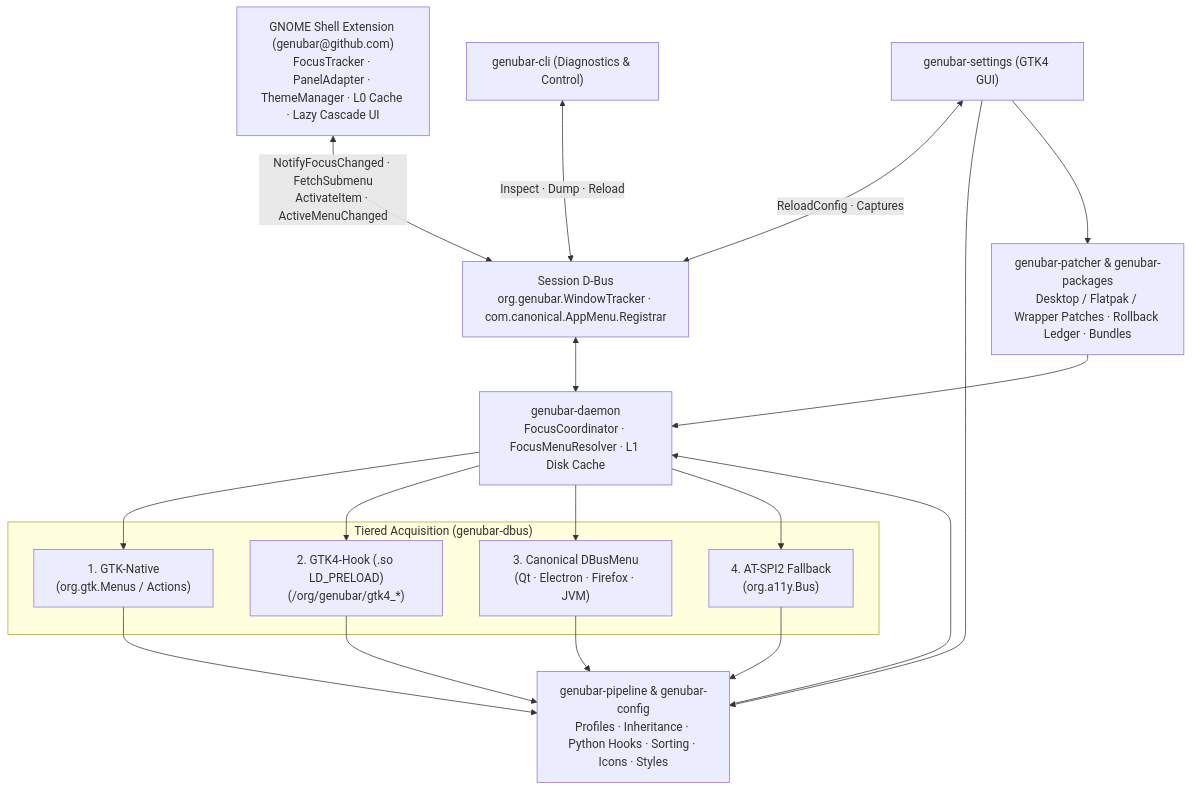
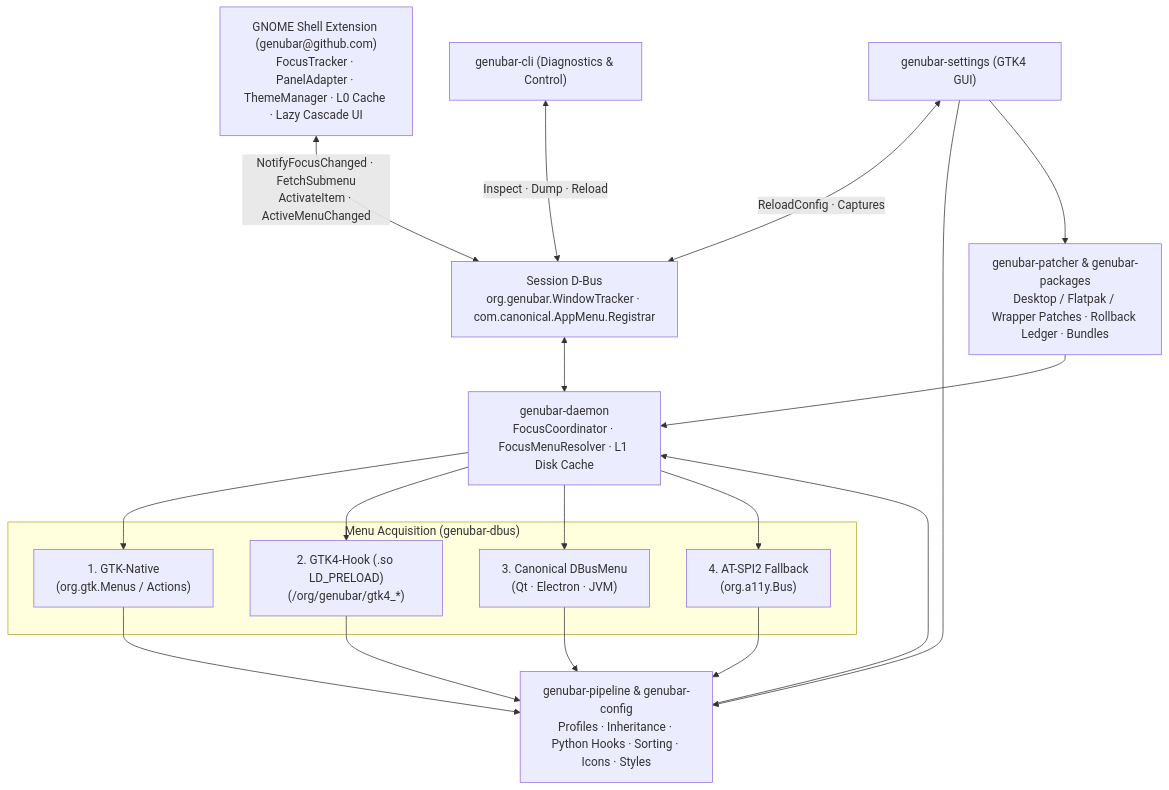
One commit to genubar/genubar changed the diagram in README.md. Above: the diagram before and after it, drawn with Mermaid. The commit also changed other lines of this file and 8 other files, not shown here.

````diff
--- a/README.md
+++ b/README.md
@@ -57,29 +277,29 @@
 ```mermaid
 flowchart TB
     EXT["GNOME Shell Extension (genubar@github.com)<br/>FocusTracker · PanelAdapter · ThemeManager · L0 Cache · Lazy Cascade UI"]
     DBUS["Session D-Bus<br/>org.genubar.WindowTracker · com.canonical.AppMenu.Registrar"]
     DAEMON["genubar-daemon<br/>FocusCoordinator · FocusMenuResolver · L1 Disk Cache"]
 
-    subgraph ACQ ["Tiered Acquisition (genubar-dbus)"]
+    subgraph ACQ ["Menu Acquisition (genubar-dbus)"]
         T1["1. GTK-Native<br/>(org.gtk.Menus / Actions)"]
         T2["2. GTK4-Hook (.so LD_PRELOAD)<br/>(/org/genubar/gtk4_*)"]
-        T3["3. Canonical DBusMenu<br/>(Qt · Electron · Firefox · JVM)"]
+        T3["3. Canonical DBusMenu<br/>(Qt · Electron · JVM)"]
         T4["4. AT-SPI2 Fallback<br/>(org.a11y.Bus)"]
     end
 
     PIPE["genubar-pipeline & genubar-config<br/>Profiles · Inheritance · Python Hooks · Sorting · Icons · Styles"]
     PATCH["genubar-patcher & genubar-packages<br/>Desktop / Flatpak / Wrapper Patches · Rollback Ledger · Bundles"]
     UI["genubar-settings (GTK4 GUI)"]
     CLI["genubar-cli (Diagnostics & Control)"]
 
     EXT <-->|"NotifyFocusChanged · FetchSubmenu<br/>ActivateItem · ActiveMenuChanged"| DBUS
     DBUS <--> DAEMON
     DAEMON --> T1 & T2 & T3 & T4
     T1 & T2 & T3 & T4 --> PIPE
     PIPE --> DAEMON
     PATCH --> DAEMON
     UI <-->|"ReloadConfig · Captures"| DBUS
     CLI <-->|"Inspect · Dump · Reload"| DBUS
     UI --> PIPE
     UI --> PATCH
 ```
````
